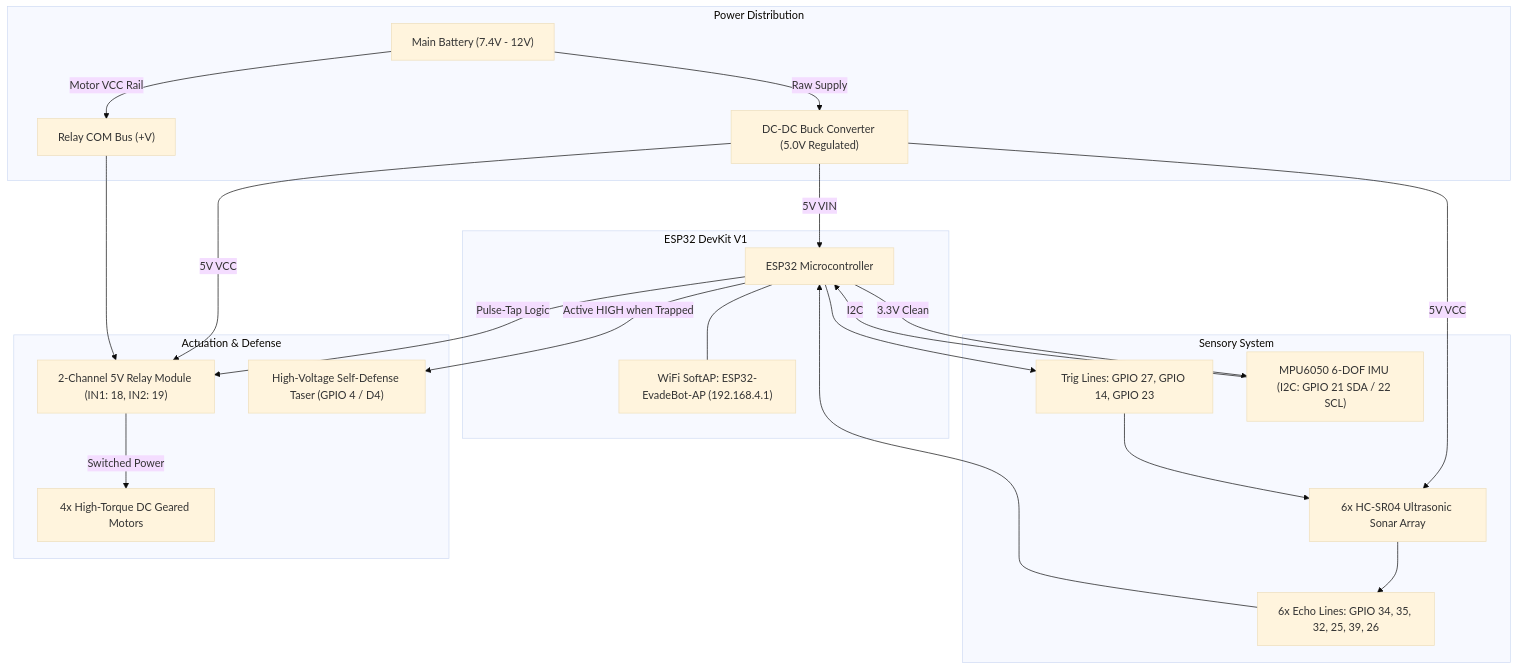
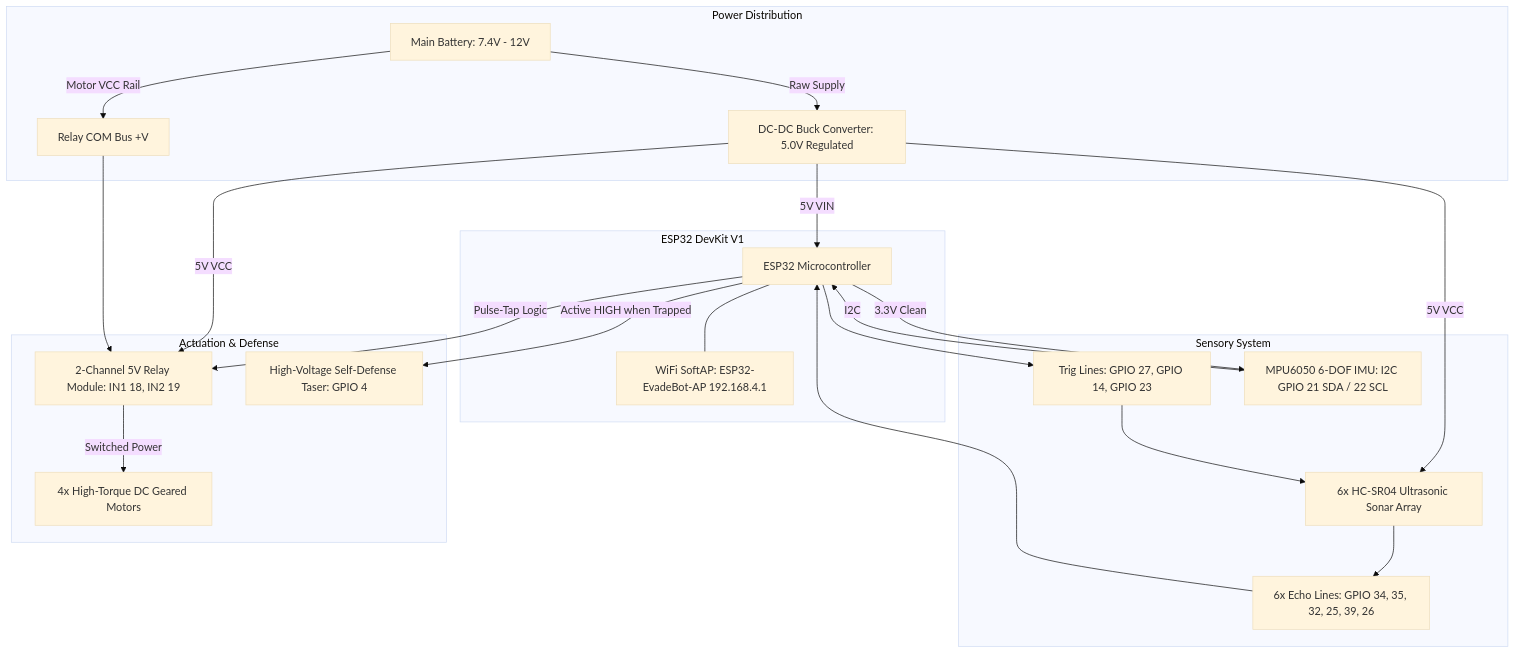
Before and after one commit to SamSunny4/Evade: the diagram in WIRING_DIAGRAM.md, drawn with Mermaid (base theme). The commit also changed 1 other file, not shown here.

Commit message:
fix: Resolve Mermaid parse error by removing parentheses from edge labels

````diff
--- a/WIRING_DIAGRAM.md
+++ b/WIRING_DIAGRAM.md
@@ -9,42 +9,44 @@
 ```mermaid
 flowchart TD
     subgraph PWR["Power Distribution"]
-        BAT["Main Battery (7.4V - 12V)"]
-        BUCK["DC-DC Buck Converter (5.0V Regulated)"]
-        BAT -->|Motor VCC Rail| RELAY_PWR["Relay COM Bus (+V)"]
+        BAT["Main Battery: 7.4V - 12V"]
+        BUCK["DC-DC Buck Converter: 5.0V Regulated"]
+        BAT -->|Motor VCC Rail| RELAY_PWR["Relay COM Bus +V"]
         BAT -->|Raw Supply| BUCK
     end
 
     subgraph MCU["ESP32 DevKit V1"]
         ESP["ESP32 Microcontroller"]
-        WIFI["WiFi SoftAP: ESP32-EvadeBot-AP (192.168.4.1)"]
+        WIFI["WiFi SoftAP: ESP32-EvadeBot-AP 192.168.4.1"]
         ESP --- WIFI
     end
 
     subgraph SENS["Sensory System"]
         SONAR["6x HC-SR04 Ultrasonic Sonar Array"]
         TRIG["Trig Lines: GPIO 27, GPIO 14, GPIO 23"]
         ECHOS["6x Echo Lines: GPIO 34, 35, 32, 25, 39, 26"]
-        IMU["MPU6050 6-DOF IMU (I2C: GPIO 21 SDA / 22 SCL)"]
+        IMU["MPU6050 6-DOF IMU: I2C GPIO 21 SDA / 22 SCL"]
     end
 
     subgraph ACT["Actuation & Defense"]
-        RELAYS["2-Channel 5V Relay Module (IN1: 18, IN2: 19)"]
+        RELAYS["2-Channel 5V Relay Module: IN1 18, IN2 19"]
         MOTORS["4x High-Torque DC Geared Motors"]
-        TASER["High-Voltage Self-Defense Taser (GPIO 4 / D4)"]
+        TASER["High-Voltage Self-Defense Taser: GPIO 4"]
     end
 
     BUCK -->|5V VIN| ESP
     BUCK -->|5V VCC| RELAYS
     BUCK -->|5V VCC| SONAR
     ESP -->|3.3V Clean| IMU
 
-    ESP --> TRIG --> SONAR
-    SONAR --> ECHOS --> ESP
+    ESP --> TRIG
+    TRIG --> SONAR
+    SONAR --> ECHOS
+    ECHOS --> ESP
     IMU -->|I2C| ESP
 
     ESP -->|Pulse-Tap Logic| RELAYS
     RELAY_PWR --> RELAYS
     RELAYS -->|Switched Power| MOTORS
     ESP -->|Active HIGH when Trapped| TASER
 ```
````
